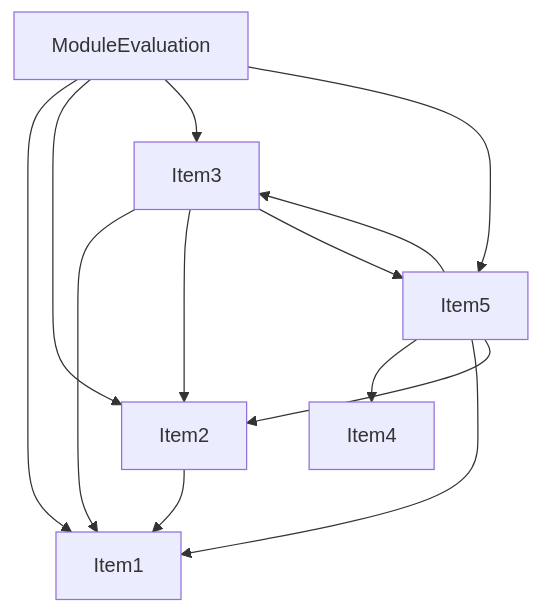
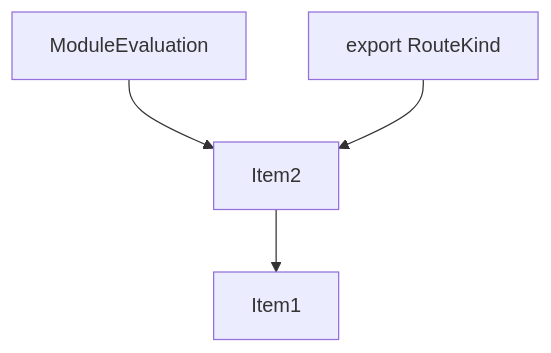
One commit to vercel/turborepo changed the fourth of 5 diagrams in crates/turbopack-ecmascript/tests/tree-shaker/analyzer/route-kind/output.md. Above: the diagram before and after it, drawn with Mermaid. The commit also changed other lines of this file, not shown here.

````diff
--- a/crates/turbopack-ecmascript/tests/tree-shaker/analyzer/route-kind/output.md
+++ b/crates/turbopack-ecmascript/tests/tree-shaker/analyzer/route-kind/output.md
@@ -117,22 +64,12 @@
 ```mermaid
 graph TD
     Item1;
     Item2;
     Item3;
+    Item3["ModuleEvaluation"];
     Item4;
-    Item5;
-    Item6;
-    Item6["ModuleEvaluation"];
+    Item4["export RouteKind"];
     Item2 --> Item1;
-    Item3 --> Item1;
     Item3 --> Item2;
-    Item5 --> Item4;
-    Item5 --> Item1;
-    Item5 --> Item2;
-    Item5 --> Item3;
-    Item3 --> Item5;
-    Item6 --> Item1;
-    Item6 --> Item2;
-    Item6 --> Item3;
-    Item6 --> Item5;
+    Item4 --> Item2;
 ```
````
